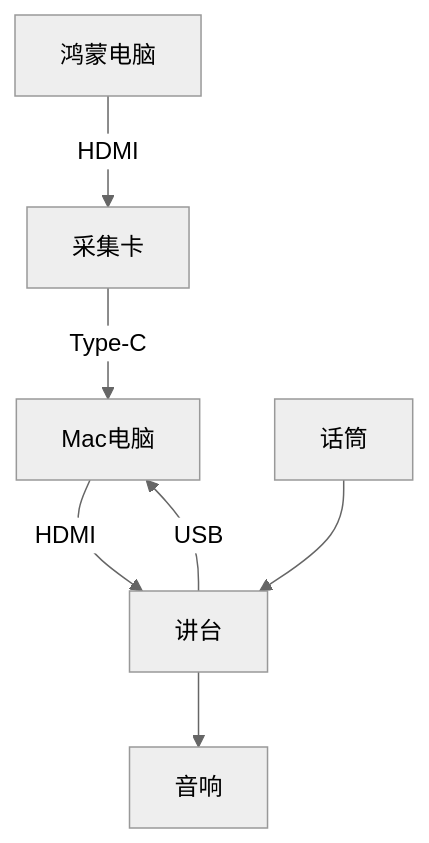
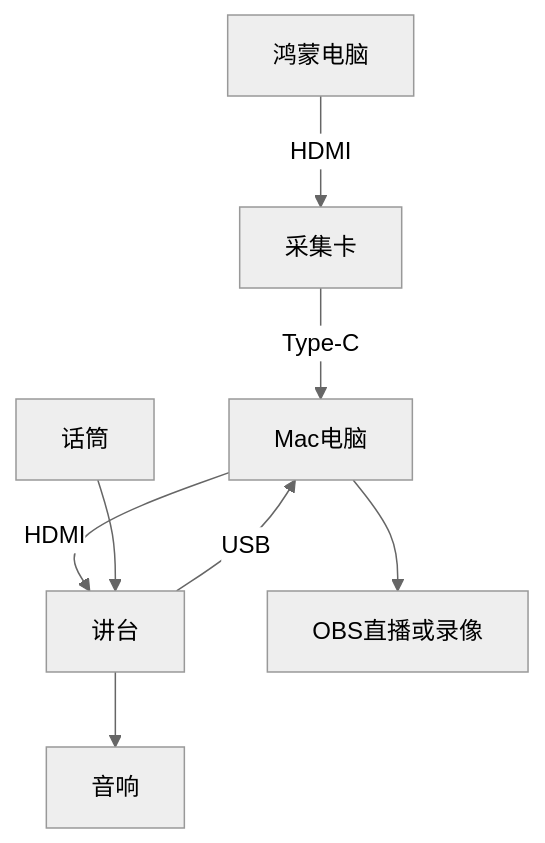
The fourth of 4 diagrams in docs/blog/posts/misc/classroom-routing.md (jiegec/blog-source), drawn with Mermaid (neutral theme) before and after one commit. The commit also changed other lines of this file, not shown here.

Commit message:
Add recording

````diff
--- a/docs/blog/posts/misc/classroom-routing.md
+++ b/docs/blog/posts/misc/classroom-routing.md
@@ -82,9 +83,10 @@
 ```mermaid
 flowchart TD
     鸿蒙电脑 -->|HDMI| 采集卡
     采集卡 -->|Type-C| Mac电脑
     Mac电脑 -->|HDMI| 讲台
+    Mac电脑 --> OBS直播或录像
     话筒 --> 讲台
     讲台 --> 音响
     讲台 -->|USB| Mac电脑
 ```
````
